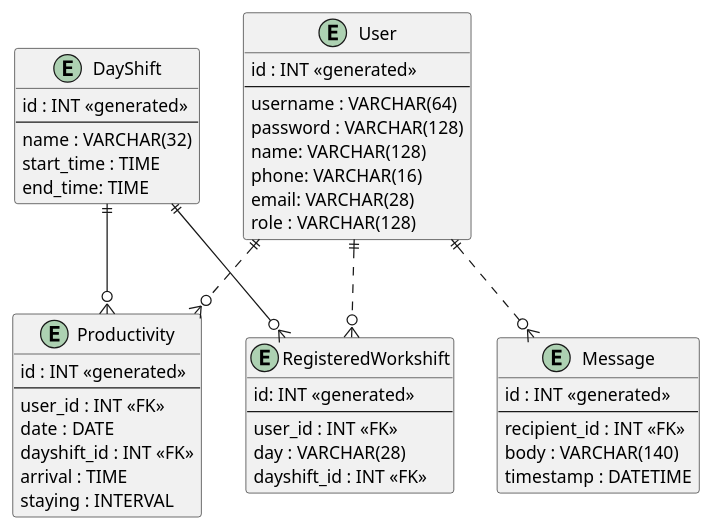
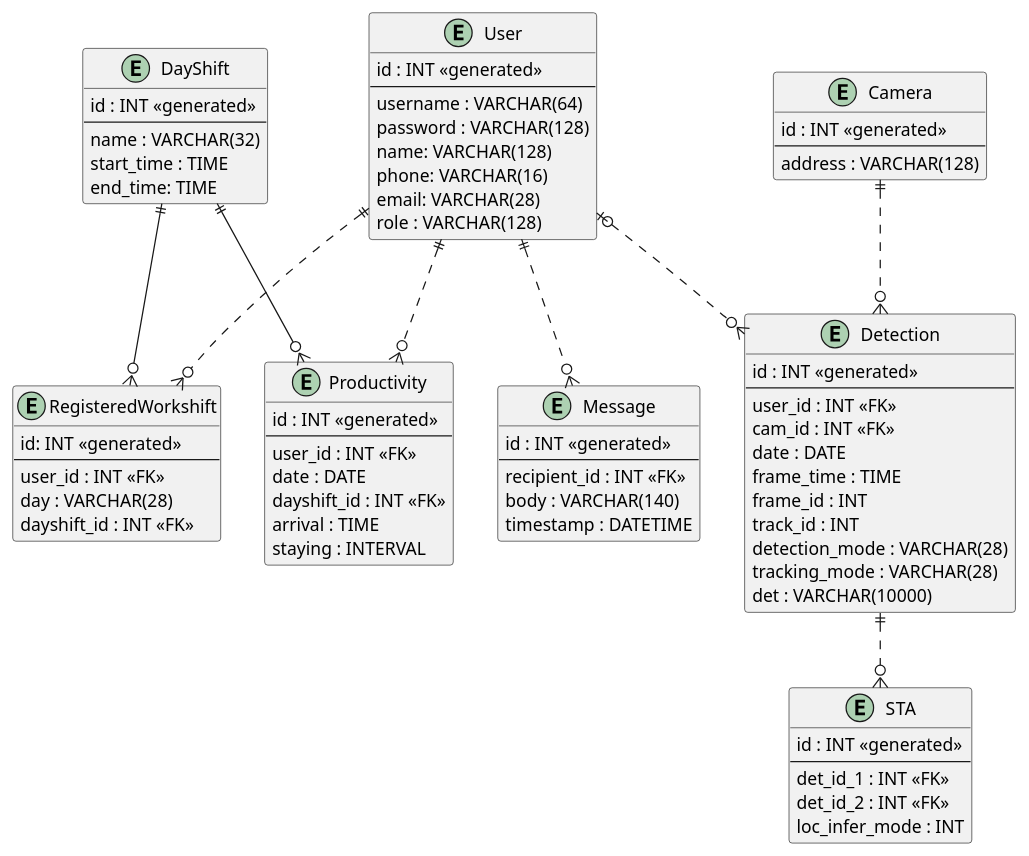
One commit to LapTQ/MCT changed the diagram in docs/UML/Database Design/ERD.pu. Above: the diagram before and after it, drawn with PlantUML. The commit also changed 33 other files, not shown here.

Commit message:
update UML

```diff
--- a/docs/UML/Database Design/ERD.pu
+++ b/docs/UML/Database Design/ERD.pu
@@ -1,54 +1,85 @@
 @startuml
 
 entity User {
     id : INT <<generated>>
     --
     username : VARCHAR(64)
     password : VARCHAR(128)
     name: VARCHAR(128)
     phone: VARCHAR(16)
     email: VARCHAR(28)
     role : VARCHAR(128)
 }
 
 entity DayShift {
     id : INT <<generated>>
     --
     name : VARCHAR(32)
     start_time : TIME
     end_time: TIME
 }
 
 entity RegisteredWorkshift {
     id: INT <<generated>>
     --
     user_id : INT <<FK>>
     day : VARCHAR(28)
     dayshift_id : INT <<FK>>
 }
 
 entity Message {
     id : INT <<generated>>
     --
     recipient_id : INT <<FK>>
     body : VARCHAR(140)
     timestamp : DATETIME
 }
 
 entity Productivity {
     id : INT <<generated>>
     --
     user_id : INT <<FK>>
     date : DATE
     dayshift_id : INT <<FK>>
     arrival : TIME
     staying : INTERVAL
 }
 
+entity Detection {
+    id : INT <<generated>>
+    --
+    user_id : INT <<FK>>
+    cam_id : INT <<FK>>
+    date : DATE
+    frame_time : TIME
+    frame_id : INT
+    track_id : INT
+    detection_mode : VARCHAR(28)
+    tracking_mode : VARCHAR(28)
+    det : VARCHAR(10000)
+}
+
+entity STA {
+    id : INT <<generated>>
+    --
+    det_id_1 : INT <<FK>>
+    det_id_2 : INT <<FK>>
+    loc_infer_mode : INT
+}
+
+entity Camera {
+    id : INT <<generated>>
+    --
+    address : VARCHAR(128)
+}
+
 User ||..o{ RegisteredWorkshift
 User ||..o{ Message
 User ||..o{ Productivity
+User |o..o{ Detection
+Camera ||..o{ Detection
+Detection ||..o{ STA
 DayShift ||--o{ RegisteredWorkshift
 DayShift ||--o{ Productivity
 
 @enduml
```
